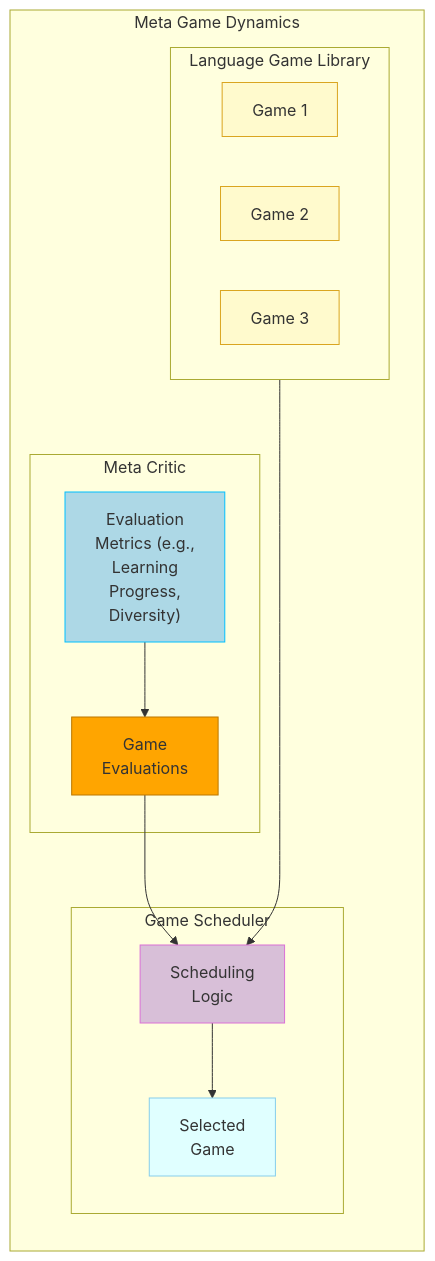
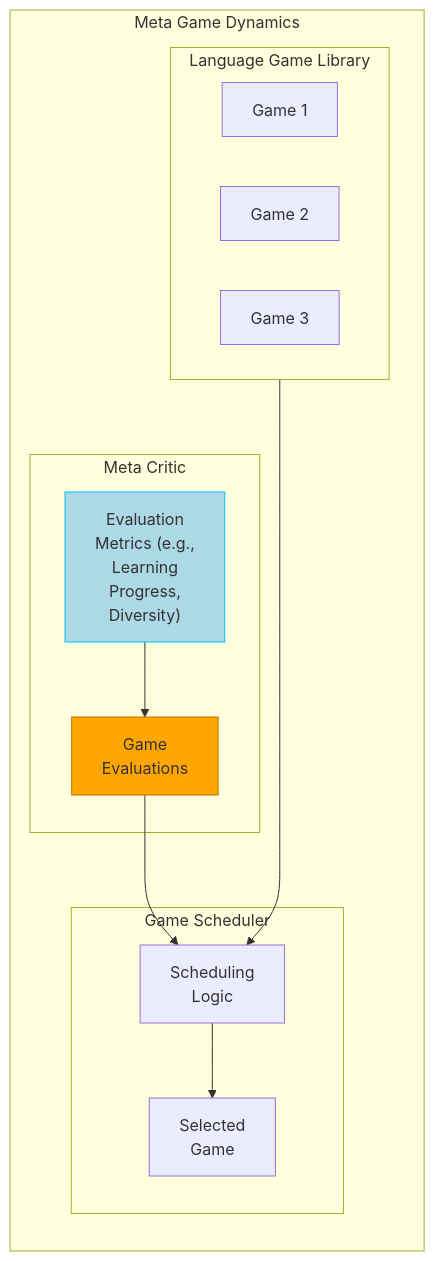
One commit to nshkrdotcom/EADS changed the fifth of 8 diagrams in README.md. Above: the diagram before and after it, drawn with Mermaid. The commit also changed other lines of this file, not shown here.

````diff
--- a/README.md
+++ b/README.md
@@ -427,36 +408,28 @@
 ```mermaid
 graph LR
     subgraph MetaGameDynamics["Meta Game Dynamics"]
 
         subgraph GameScheduler["Game Scheduler"]
             SchedulingLogic["Scheduling<br>Logic"]
             SelectedGame["Selected<br>Game"]
-            style SchedulingLogic fill:#d8bfd8,stroke:#da70d6
-            style SelectedGame fill:#e0ffff,stroke:#87ceeb
         end
 
         subgraph MetaCritic["Meta Critic"]
             EvaluationMetrics["Evaluation<br>Metrics (e.g.,<br>Learning<br>Progress,<br>Diversity)"]
             GameEvaluations["Game<br>Evaluations"]
             style EvaluationMetrics fill:#add8e6,stroke:#00bfff
             style GameEvaluations fill:#ffa500,stroke:#b70
         end
         
         subgraph GameLibrary["Language Game Library"]
             Game1["Game 1"]
             Game2["Game 2"]
             Game3["Game 3"]
-            style Game1 fill:#fffacd,stroke:#daa520
-            style Game2 fill:#fffacd,stroke:#daa520
-            style Game3 fill:#fffacd,stroke:#daa520
         end
 
         EvaluationMetrics --> GameEvaluations
         GameEvaluations --> SchedulingLogic
         GameLibrary ----> SchedulingLogic
         SchedulingLogic --> SelectedGame
-
-
-
     end
 ```
````
